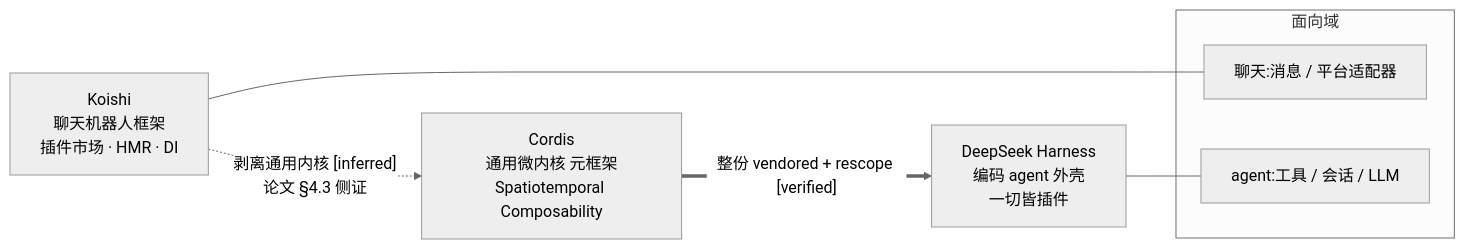
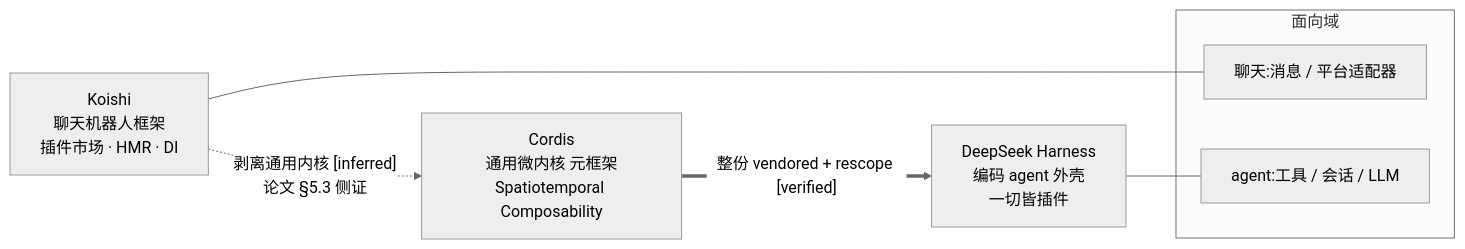
The first of 4 diagrams in Part V Cordis Deep Dive/29-Cordis-Koishi-dsh关系.md (xiaonancs/deepseek-harness-deep-dive), drawn with Mermaid before and after one commit. The commit also changed other lines of this file and 7 other files, not shown here.

````diff
--- a/Part V Cordis Deep Dive/29-Cordis-Koishi-dsh关系.md
+++ b/Part V Cordis Deep Dive/29-Cordis-Koishi-dsh关系.md
@@ -19,15 +19,15 @@
 ```mermaid
 %%{init: {'theme':'neutral'}}%%
 flowchart LR
   K["Koishi<br/>聊天机器人框架<br/>插件市场 · HMR · DI"]
   C["Cordis<br/>通用微内核 元框架<br/>Spatiotemporal Composability"]
   D["DeepSeek Harness<br/>编码 agent 外壳<br/>一切皆插件"]
-  K -. "剥离通用内核 [inferred]<br/>论文 §4.3 侧证" .-> C
+  K -. "剥离通用内核 [inferred]<br/>论文 §5.3 侧证" .-> C
   C == "整份 vendored + rescope [verified]" ==> D
   subgraph 面向域
     KD["聊天:消息 / 平台适配器"]
     DD["agent:工具 / 会话 / LLM"]
   end
   K --- KD
   D --- DD
 ```
````
